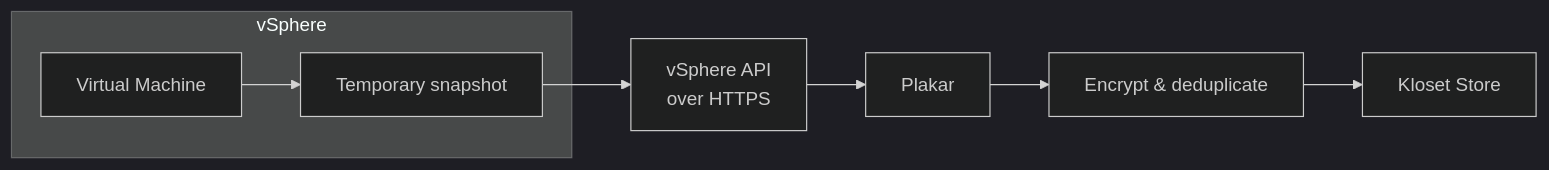
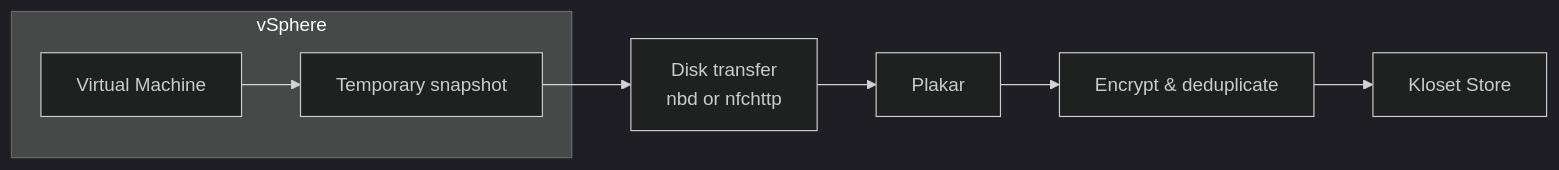
The first of 2 diagrams in docs/community/main/integrations/vmware/index.md (vcoisne/plakar.io), drawn with Mermaid (dark theme) before and after one commit. The commit also changed other lines of this file and 5322 other files, not shown here.

```diff
--- a/docs/community/main/integrations/vmware/index.md
+++ b/docs/community/main/integrations/vmware/index.md
@@ -121,19 +130,19 @@
 {{< mermaid >}}
 flowchart LR
 
 subgraph Source["vSphere"]
   VM["Virtual Machine"]
   Snap["Temporary snapshot"]
   VM --> Snap
 end
 
-Via["vSphere API<br/>over HTTPS"]
+Via["Disk transfer<br/>nbd or nfchttp"]
 
 Plakar["Plakar"]
 
 Transform["Encrypt & deduplicate"]
 
 Store["Kloset Store"]
 
 Snap --> Via --> Plakar --> Transform --> Store
 {{< /mermaid >}}
```
